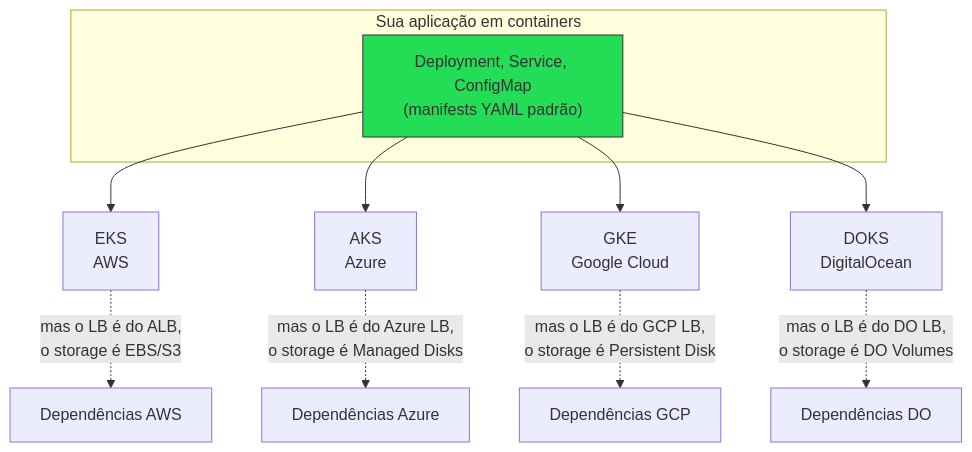
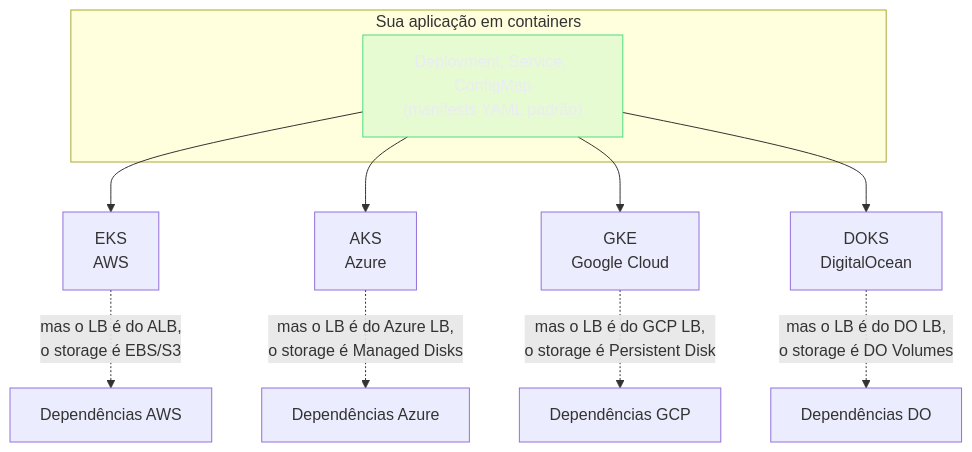
One commit to josenaldo/codex-technomanticus changed the second of 3 diagrams in 03-Dominios/Tecnologia/Cloud/23 - Panorama multi-cloud e portabilidade/05 - Lock-in e portabilidade — Kubernetes como camada.md. Above: the diagram before and after it, drawn with Mermaid. The commit also changed other lines of this file and 1181 other files, not shown here.

First line of the commit message:
fix(diagramas): paleta do sistema no lugar de cor cravada no markdown

````diff
--- a/03-Dominios/Tecnologia/Cloud/23 - Panorama multi-cloud e portabilidade/05 - Lock-in e portabilidade — Kubernetes como camada.md
+++ b/03-Dominios/Tecnologia/Cloud/23 - Panorama multi-cloud e portabilidade/05 - Lock-in e portabilidade — Kubernetes como camada.md
@@ -80,18 +83,19 @@
 ```mermaid
 flowchart TB
+    classDef ok fill:#4ADE8021,stroke:#4ADE80,color:#E9ECF2
     subgraph App["Sua aplicação em containers"]
         M["Deployment, Service, ConfigMap<br/>(manifests YAML padrão)"]
     end
 
     M --> EKS["EKS<br/>AWS"]
     M --> AKS["AKS<br/>Azure"]
     M --> GKE["GKE<br/>Google Cloud"]
     M --> DOKS["DOKS<br/>DigitalOcean"]
 
     EKS -.->|"mas o LB é do ALB,<br/>o storage é EBS/S3"| AWSDeps["Dependências AWS"]
     AKS -.->|"mas o LB é do Azure LB,<br/>o storage é Managed Disks"| AzureDeps["Dependências Azure"]
     GKE -.->|"mas o LB é do GCP LB,<br/>o storage é Persistent Disk"| GCPDeps["Dependências GCP"]
     DOKS -.->|"mas o LB é do DO LB,<br/>o storage é DO Volumes"| DODeps["Dependências DO"]
 
-    style M fill:#2d5,stroke:#333
+    class M ok
 ```
````
